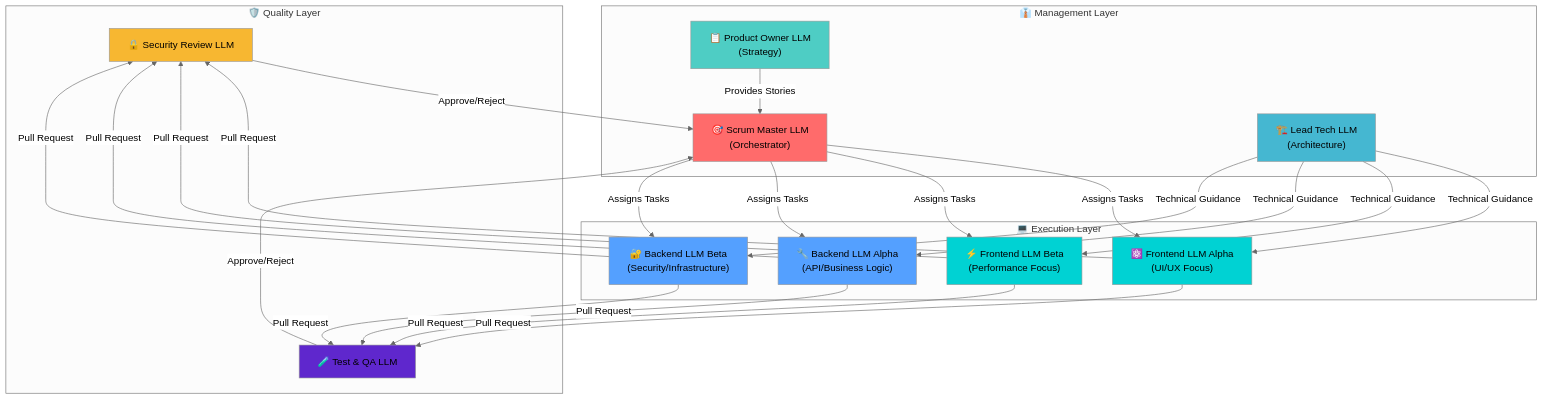
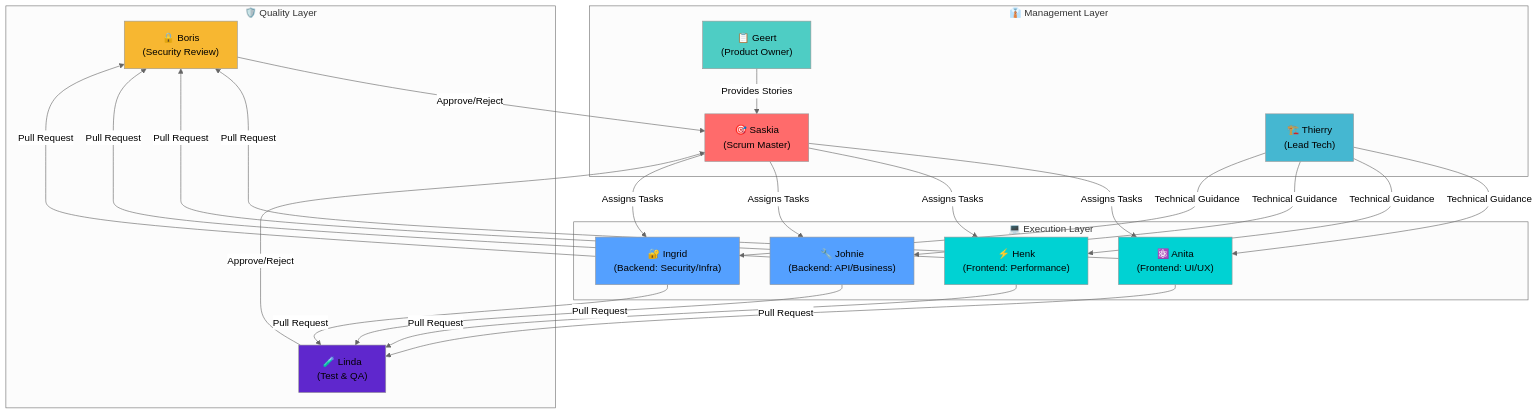
The first of 10 diagrams in blog/personal/2025-01-26-lokale-ai-dev-omgeving.md (rubenvdlinde/rubenlinde), drawn with Mermaid (neutral theme) before and after one commit. The commit also changed other lines of this file, not shown here.

````diff
--- a/blog/personal/2025-01-26-lokale-ai-dev-omgeving.md
+++ b/blog/personal/2025-01-26-lokale-ai-dev-omgeving.md
@@ -68,54 +68,54 @@
 ```mermaid
 graph TB
     subgraph Quality["🛡️ Quality Layer"]
-        Security["🔒 Security Review LLM"]
-        Test["🧪 Test & QA LLM"]
+        Security["🔒 Boris<br/>(Security Review)"]
+        Test["🧪 Linda<br/>(Test & QA)"]
     end
 
     subgraph Management["👔 Management Layer"]
-        SM["🎯 Scrum Master LLM<br/>(Orchestrator)"]
-        PO["📋 Product Owner LLM<br/>(Strategy)"]
-        Lead["🏗️ Lead Tech LLM<br/>(Architecture)"]
+        SM["🎯 Saskia<br/>(Scrum Master)"]
+        PO["📋 Geert<br/>(Product Owner)"]
+        Lead["🏗️ Thierry<br/>(Lead Tech)"]
     end
 
     subgraph Execution["💻 Execution Layer"]
-        FE1["⚛️ Frontend LLM Alpha<br/>(UI/UX Focus)"]
-        FE2["⚡ Frontend LLM Beta<br/>(Performance Focus)"]
-        BE1["🔧 Backend LLM Alpha<br/>(API/Business Logic)"]
-        BE2["🔐 Backend LLM Beta<br/>(Security/Infrastructure)"]
+        FE1["⚛️ Anita<br/>(Frontend: UI/UX)"]
+        FE2["⚡ Henk<br/>(Frontend: Performance)"]
+        BE1["🔧 Johnie<br/>(Backend: API/Business)"]
+        BE2["🔐 Ingrid<br/>(Backend: Security/Infra)"]
     end
 
     SM -->|Assigns Tasks| FE1
     SM -->|Assigns Tasks| FE2
     SM -->|Assigns Tasks| BE1
     SM -->|Assigns Tasks| BE2
 
     PO -->|Provides Stories| SM
     Lead -->|Technical Guidance| FE1
     Lead -->|Technical Guidance| FE2
     Lead -->|Technical Guidance| BE1
     Lead -->|Technical Guidance| BE2
 
     FE1 -->|Pull Request| Security
     FE2 -->|Pull Request| Security
     BE1 -->|Pull Request| Security
     BE2 -->|Pull Request| Security
 
     FE1 -->|Pull Request| Test
     FE2 -->|Pull Request| Test
     BE1 -->|Pull Request| Test
     BE2 -->|Pull Request| Test
 
     Security -->|Approve/Reject| SM
     Test -->|Approve/Reject| SM
 
     style SM fill:#ff6b6b
     style PO fill:#4ecdc4
     style Lead fill:#45b7d1
     style Security fill:#f7b731
     style Test fill:#5f27cd
     style FE1 fill:#00d2d3
     style FE2 fill:#00d2d3
     style BE1 fill:#54a0ff
     style BE2 fill:#54a0ff
 ```
````
